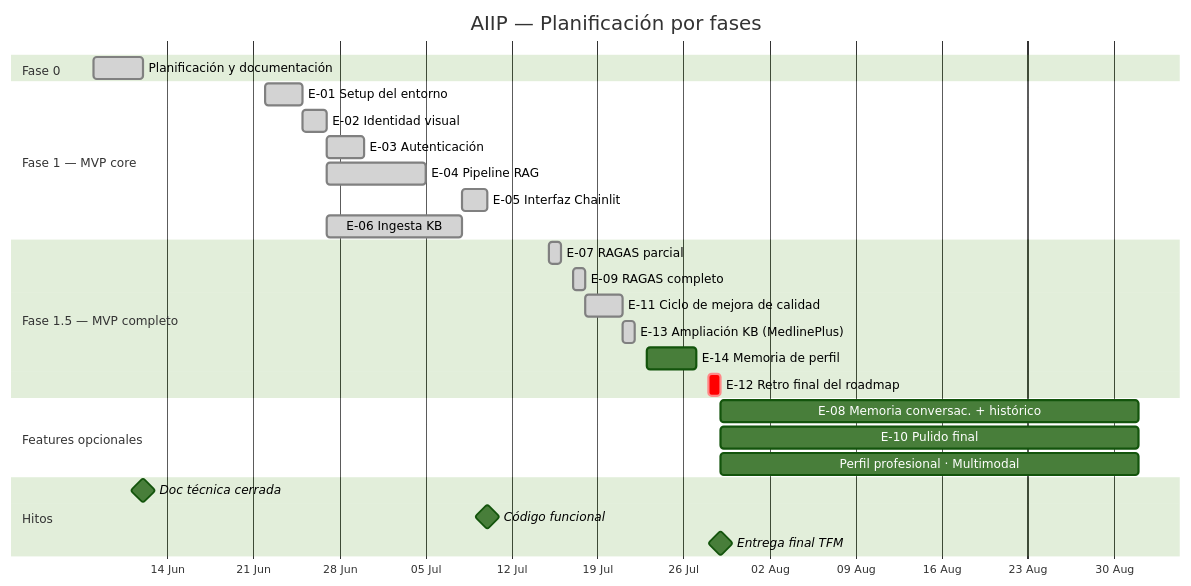
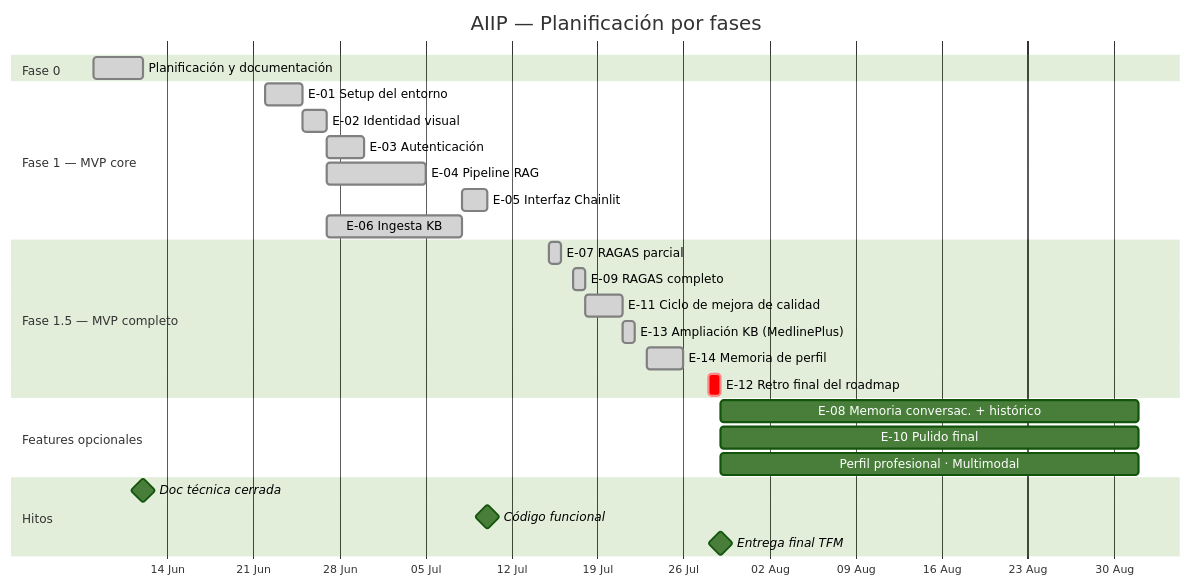
Before and after one commit to mimpho/aiip: the diagram in README.md, drawn with Mermaid (forest theme). The commit also changed other lines of this file and 3 other files, not shown here.

````diff
--- a/README.md
+++ b/README.md
@@ -69,35 +69,35 @@
 ```mermaid
 gantt
     title AIIP — Planificación por fases
     dateFormat  YYYY-MM-DD
     axisFormat  %d %b
 
     section Fase 0
     Planificación y documentación     :done,    f0, 2026-06-08, 2026-06-12
 
     section Fase 1 — MVP core
     E-01 Setup del entorno            :done,    e01, 2026-06-22, 2026-06-25
     E-02 Identidad visual             :done,    e02, 2026-06-25, 2026-06-27
     E-03 Autenticación                :done,    e03, 2026-06-27, 2026-06-30
     E-04 Pipeline RAG                 :done,    e04, 2026-06-27, 2026-07-05
     E-05 Interfaz Chainlit            :done,    e05, 2026-07-08, 2026-07-10
     E-06 Ingesta KB                   :done,    e06, 2026-06-27, 2026-07-08
 
     section Fase 1.5 — MVP completo
     E-07 RAGAS parcial                :done,    e07, 2026-07-15, 2026-07-16
     E-09 RAGAS completo                :done,    e09, 2026-07-17, 2026-07-18
     E-11 Ciclo de mejora de calidad   :done,    e11, 2026-07-18, 2026-07-21
     E-13 Ampliación KB (MedlinePlus)  :done,    e13, 2026-07-21, 2026-07-22
-    E-14 Memoria de perfil            :         e14, 2026-07-23, 2026-07-27
+    E-14 Memoria de perfil            :done,    e14, 2026-07-23, 2026-07-26
     E-12 Retro final del roadmap      :crit,    e12, 2026-07-28, 2026-07-29
 
     section Features opcionales
     E-08 Memoria conversac. + histórico :       e08, 2026-07-29, 2026-09-01
     E-10 Pulido final                 :         e10, 2026-07-29, 2026-09-01
     Perfil profesional · Multimodal   :         fo, 2026-07-29, 2026-09-01
 
     section Hitos
     Doc técnica cerrada               :milestone, 2026-06-12, 0d
     Código funcional                  :milestone, 2026-07-10, 0d
     Entrega final TFM                 :milestone, 2026-07-29, 0d
 ```
````
